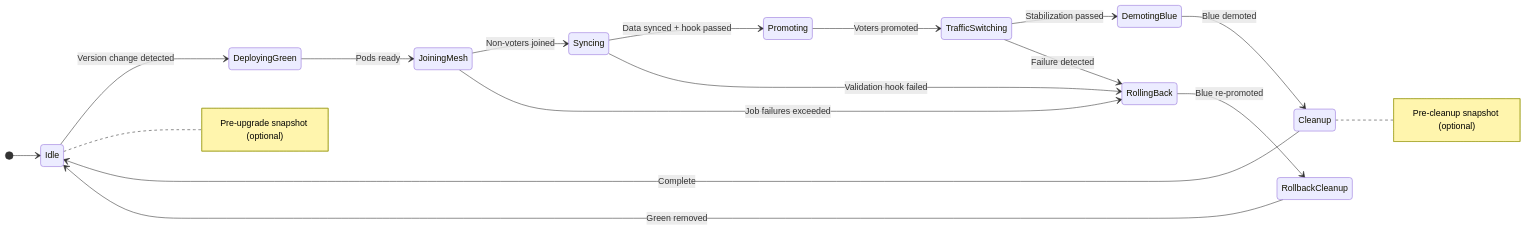
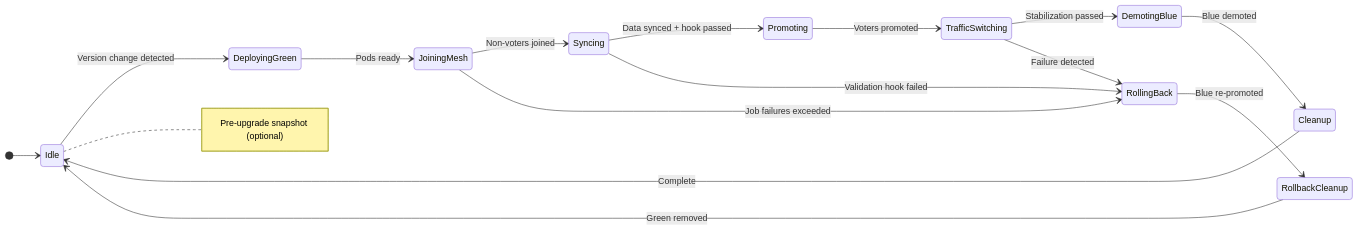
Before and after one commit to dc-tec/openbao-operator: the diagram in docs/architecture/upgrade-manager.md, drawn with Mermaid. The commit also changed other lines of this file and 54 other files, not shown here.

````diff
--- a/docs/architecture/upgrade-manager.md
+++ b/docs/architecture/upgrade-manager.md
@@ -78,22 +82,21 @@
 ```mermaid
 stateDiagram-v2
     direction LR
     [*] --> Idle
     Idle --> DeployingGreen: Version change detected
     DeployingGreen --> JoiningMesh: Pods ready
     JoiningMesh --> Syncing: Non-voters joined
     Syncing --> Promoting: Data synced + hook passed
     Promoting --> TrafficSwitching: Voters promoted
     TrafficSwitching --> DemotingBlue: Stabilization passed
     DemotingBlue --> Cleanup: Blue demoted
     Cleanup --> Idle: Complete
     
     note right of Idle: Pre-upgrade snapshot (optional)
-    note right of Cleanup: Pre-cleanup snapshot (optional)
     
     TrafficSwitching --> RollingBack: Failure detected
     Syncing --> RollingBack: Validation hook failed
     JoiningMesh --> RollingBack: Job failures exceeded
     RollingBack --> RollbackCleanup: Blue re-promoted
     RollbackCleanup --> Idle: Green removed
 ```
````
